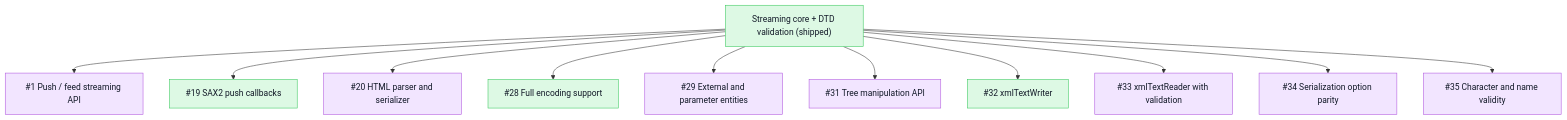
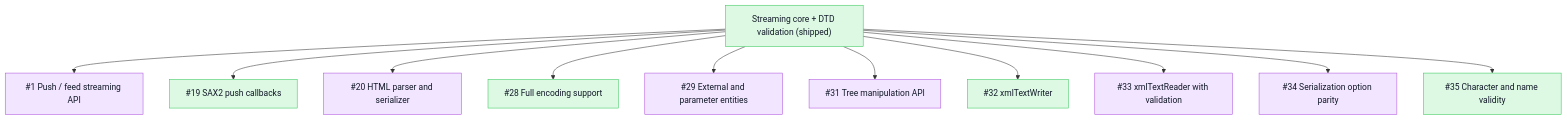
Before and after one commit to mihaelamj/PureXML: the second of 5 diagrams in README.md, drawn with Mermaid. The commit also changed 4 other files, not shown here.

````diff
--- a/README.md
+++ b/README.md
@@ -52,28 +52,28 @@
 ```mermaid
 flowchart TB
   classDef done fill:#ddf9e4,stroke:#34c759,color:#111827
   classDef review fill:#fff7d6,stroke:#ffcc00,color:#111827
   classDef epic fill:#f2e5ff,stroke:#af52de,color:#111827
   classDef todo fill:#f2f4f7,stroke:#8e8e93,color:#111827
   Core["Streaming core + DTD validation (shipped)"]:::done
   Push["#1 Push / feed streaming API"]:::epic
   Sax["#19 SAX2 push callbacks"]:::done
   Html["#20 HTML parser and serializer"]:::epic
   Enc["#28 Full encoding support"]:::done
   Ent["#29 External and parameter entities"]:::epic
   TreeApi["#31 Tree manipulation API"]:::epic
   Writer["#32 xmlTextWriter"]:::done
   Reader["#33 xmlTextReader with validation"]:::epic
   Save["#34 Serialization option parity"]:::epic
-  Chars["#35 Character and name validity"]:::epic
+  Chars["#35 Character and name validity"]:::done
   Core --> Push
   Core --> Sax
   Core --> Html
   Core --> Enc
   Core --> Ent
   Core --> TreeApi
   Core --> Writer
   Core --> Reader
   Core --> Save
   Core --> Chars
 ```
````
